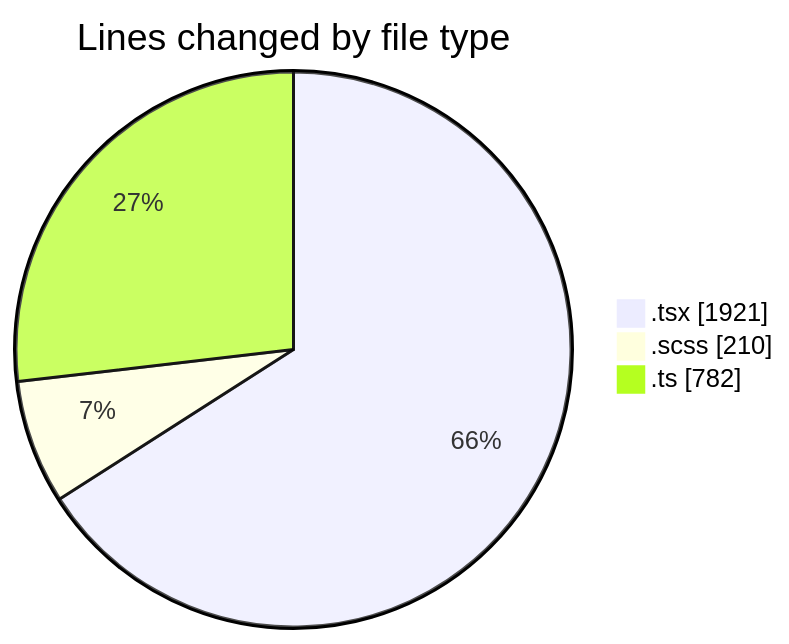
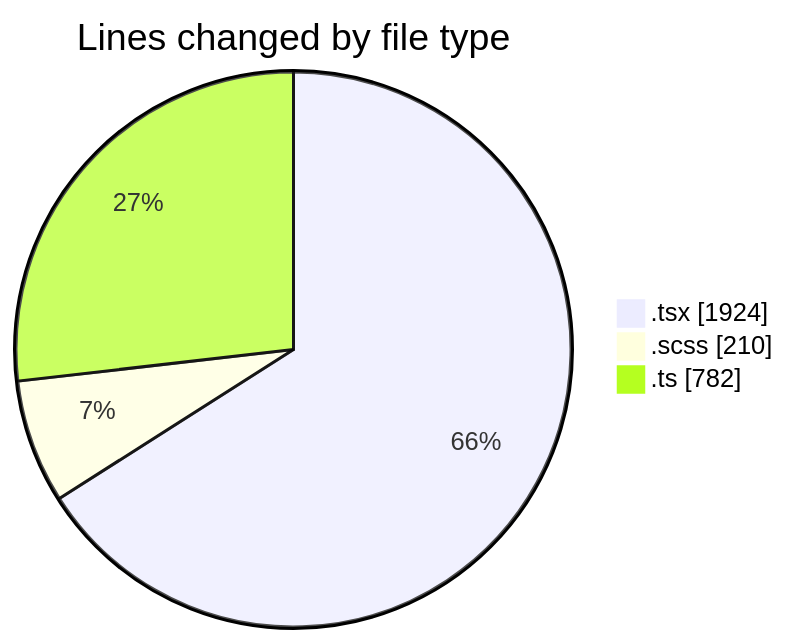
The first of 2 diagrams in 2026-05-11/cda/README.md (momahboobian/code-tracking), drawn with Mermaid before and after one commit. The commit also changed other lines of this file and 1 other file, not shown here.

````diff
--- a/2026-05-11/cda/README.md
+++ b/2026-05-11/cda/README.md
@@ -38,7 +38,7 @@
 ```mermaid
 pie showData
 title Lines changed by file type
-".tsx" : 1921
+".tsx" : 1924
 ".scss" : 210
 ".ts" : 782
 ```
````
